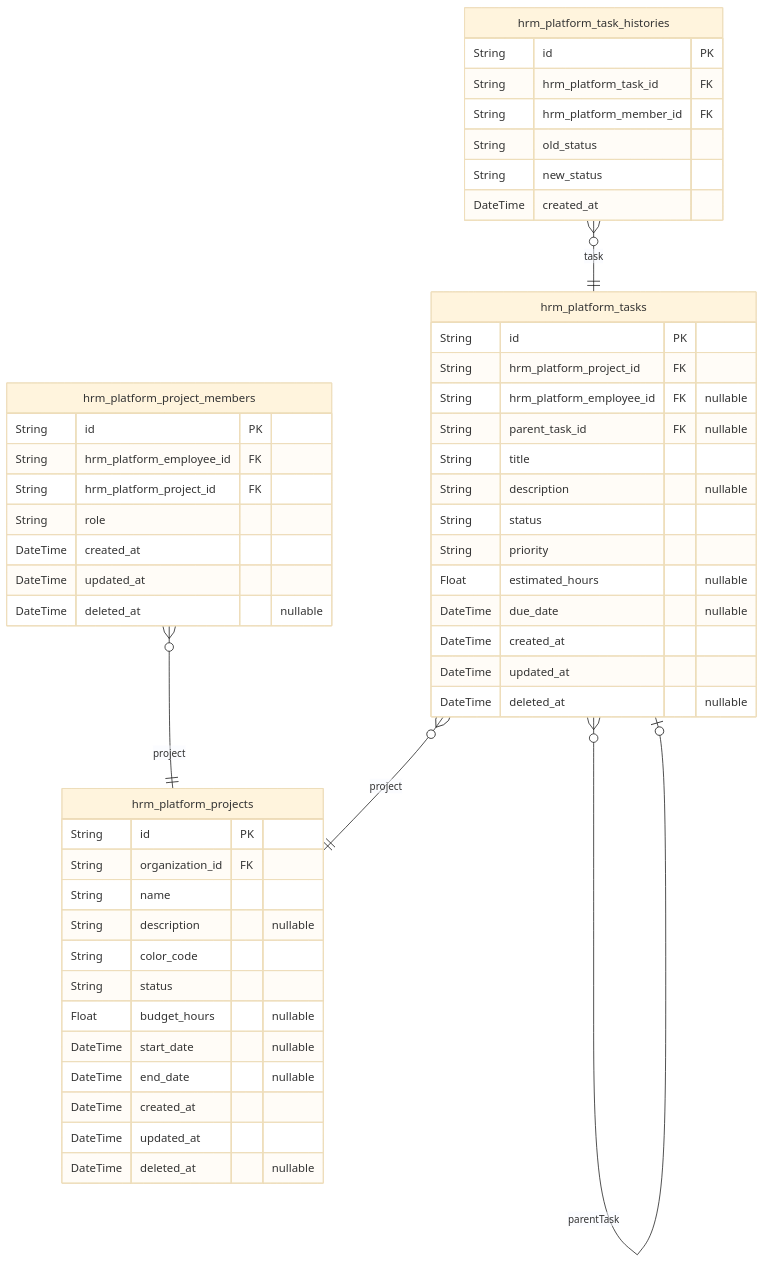
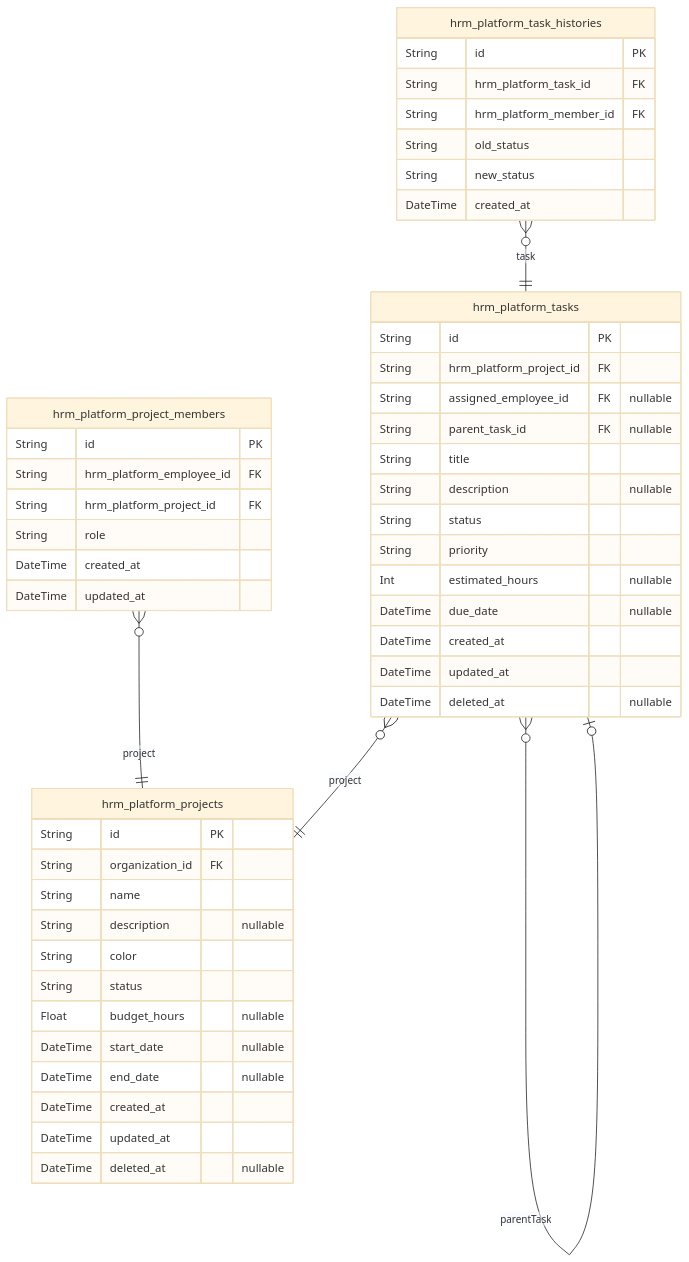
The sixth of 8 diagrams in qwen/qwen3.5-397b-a17b/erp/docs/ERD.md (wrtnlabs/autobe-examples), drawn with Mermaid (base theme) before and after one commit. The commit also changed other lines of this file and 32093 other files, not shown here.

````diff
--- a/qwen/qwen3.5-397b-a17b/erp/docs/ERD.md
+++ b/qwen/qwen3.5-397b-a17b/erp/docs/ERD.md
@@ -465,53 +1108,52 @@
 ```mermaid
 erDiagram
 "hrm_platform_projects" {
   String id PK
   String organization_id FK
   String name
   String description "nullable"
-  String color_code
+  String color
   String status
   Float budget_hours "nullable"
   DateTime start_date "nullable"
   DateTime end_date "nullable"
   DateTime created_at
   DateTime updated_at
   DateTime deleted_at "nullable"
 }
 "hrm_platform_project_members" {
   String id PK
   String hrm_platform_employee_id FK
   String hrm_platform_project_id FK
   String role
   DateTime created_at
   DateTime updated_at
-  DateTime deleted_at "nullable"
 }
 "hrm_platform_tasks" {
   String id PK
   String hrm_platform_project_id FK
-  String hrm_platform_employee_id FK "nullable"
+  String assigned_employee_id FK "nullable"
   String parent_task_id FK "nullable"
   String title
   String description "nullable"
   String status
   String priority
-  Float estimated_hours "nullable"
+  Int estimated_hours "nullable"
   DateTime due_date "nullable"
   DateTime created_at
   DateTime updated_at
   DateTime deleted_at "nullable"
 }
 "hrm_platform_task_histories" {
   String id PK
   String hrm_platform_task_id FK
   String hrm_platform_member_id FK
   String old_status
   String new_status
   DateTime created_at
 }
 "hrm_platform_project_members" }o--|| "hrm_platform_projects" : project
 "hrm_platform_tasks" }o--|| "hrm_platform_projects" : project
 "hrm_platform_tasks" }o--o| "hrm_platform_tasks" : parentTask
 "hrm_platform_task_histories" }o--|| "hrm_platform_tasks" : task
 ```
````
